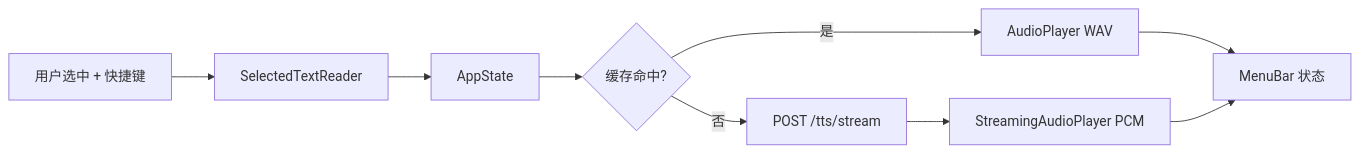
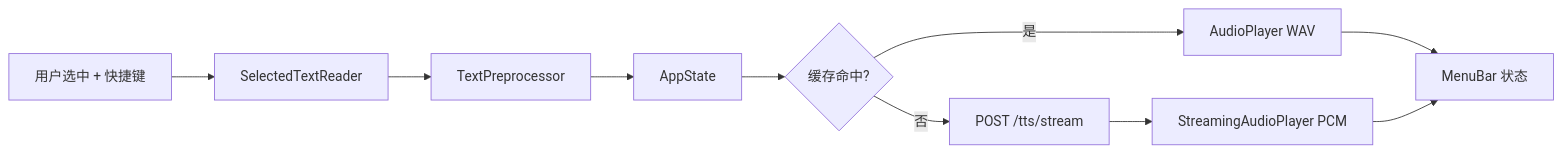
One commit to XinchaoGou/Sonus changed the diagram in docs/COMPANION.md. Above: the diagram before and after it, drawn with Mermaid. The commit also changed other lines of this file and 23 other files, not shown here.

````diff
--- a/docs/COMPANION.md
+++ b/docs/COMPANION.md
@@ -23,11 +24,12 @@
 ```mermaid
 flowchart LR
   User["用户选中 + 快捷键"] --> Reader["SelectedTextReader"]
-  Reader --> State["AppState"]
+  Reader --> Pre["TextPreprocessor"]
+  Pre --> State["AppState"]
   State --> Cache{缓存命中?}
   Cache -->|是| FilePlayer["AudioPlayer WAV"]
   Cache -->|否| Stream["POST /tts/stream"]
   Stream --> StreamPlayer["StreamingAudioPlayer PCM"]
   FilePlayer --> MenuBar["MenuBar 状态"]
   StreamPlayer --> MenuBar
 ```
````
